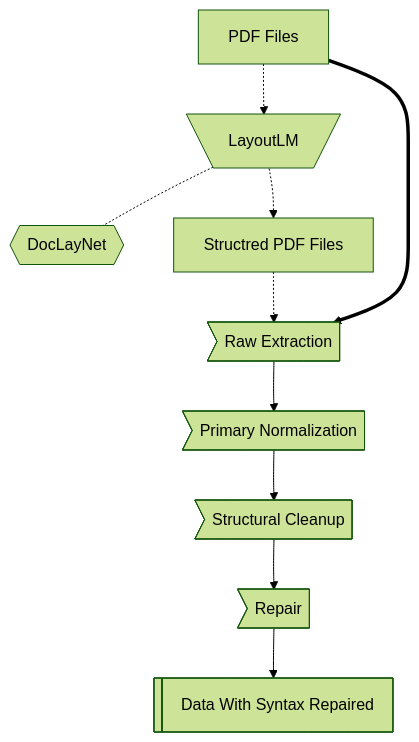
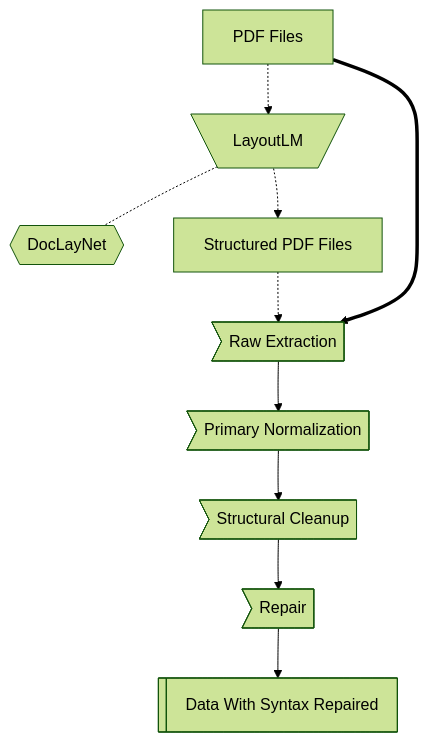
One commit to vinnylg/leafletslm changed the first of 2 diagrams in docs/design/datasets/transform/extractor.md. Above: the diagram before and after it, drawn with Mermaid (forest theme). The commit also changed other lines of this file and 14 other files, not shown here.

````diff
--- a/docs/design/datasets/transform/extractor.md
+++ b/docs/design/datasets/transform/extractor.md
@@ -5,19 +24,17 @@
 ```mermaid
 flowchart TD
-
     PDF[PDF Files]
     Layout[\LayoutLM/] -.- DLN{{DocLayNet}}
-    EPDF[Structred PDF Files]
+    EPDF[Structured PDF Files]
 
-    PDF ~~~ DLN  ~~~ PExt
+    PDF ~~~ DLN ~~~ PExt
 
     PExt>Raw Extraction]
     PNorm>Primary Normalization]
     PCorr>Structural Cleanup]
     PRep>Repair]
     POut@{ shape: lin-rect, label: "Data With Syntax Repaired" }
 
     PDF -.-> Layout -.-> EPDF -.-> PExt
     PDF ==> PExt --> PNorm --> PCorr --> PRep --> POut
-
 ```
````
